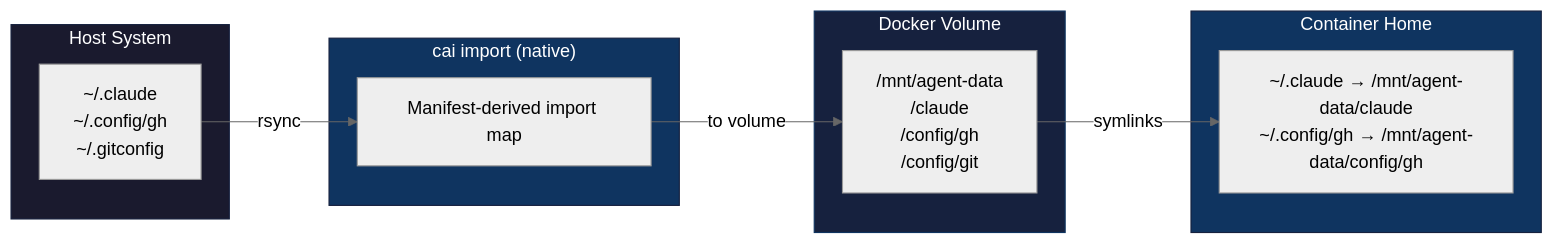
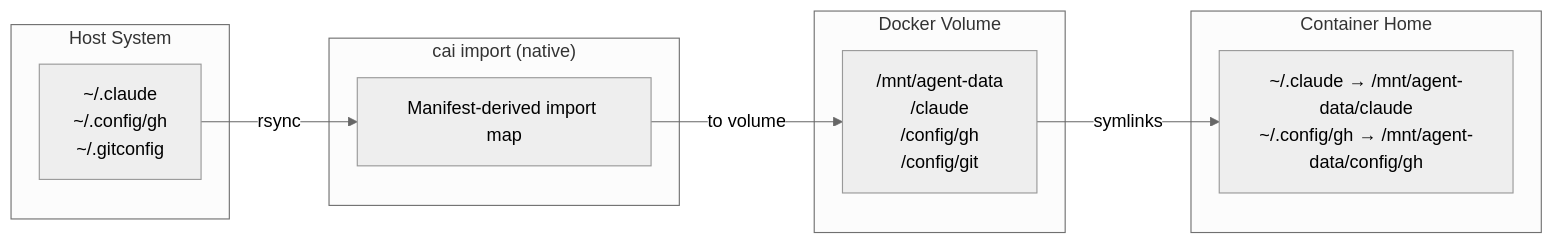
The first of 3 diagrams in docs/sync-architecture.md (novotnyllc/ContainAI), drawn with Mermaid (neutral theme) before and after one commit. The commit also changed other lines of this file and 14 other files, not shown here.

````diff
--- a/docs/sync-architecture.md
+++ b/docs/sync-architecture.md
@@ -7,27 +7,23 @@
 ```mermaid
 flowchart LR
     subgraph Host["Host System"]
         HostConfigs["~/.claude<br/>~/.config/gh<br/>~/.gitconfig"]
     end
 
     subgraph Sync["cai import (native)"]
         SyncMap["Manifest-derived import map"]
     end
 
     subgraph Volume["Docker Volume"]
         VolData["/mnt/agent-data<br/>/claude<br/>/config/gh<br/>/config/git"]
     end
 
     subgraph Container["Container Home"]
         Symlinks["~/.claude → /mnt/agent-data/claude<br/>~/.config/gh → /mnt/agent-data/config/gh"]
     end
 
     HostConfigs -->|"rsync"| SyncMap
     SyncMap -->|"to volume"| VolData
     VolData -->|"symlinks"| Symlinks
 
-    style Host fill:#1a1a2e,stroke:#16213e,color:#fff
-    style Sync fill:#0f3460,stroke:#16213e,color:#fff
-    style Volume fill:#16213e,stroke:#0f3460,color:#fff
-    style Container fill:#0f3460,stroke:#16213e,color:#fff
 ```
````
